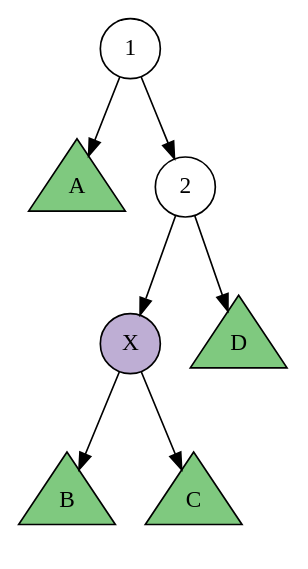
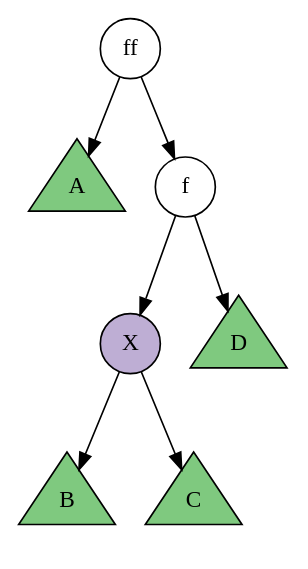
The diagram in project/splay-rotate-3-1/1.dot (rbookr/Data-Structure-Animation), drawn with Graphviz before and after one commit. The commit also changed 11 other files, not shown here.

```diff
--- a/project/splay-rotate-3-1/1.dot
+++ b/project/splay-rotate-3-1/1.dot
@@ -1,11 +1,13 @@
 digraph zigzag{
     node[shape=circle fixedsize=true style=filled fillcolor=white colorscheme=accent8 ];
     1->A;
     1->2;
     2->X;
     2->D;
     X->B;
     X->C;
     A,B,C,D[shape=triangle height=0.8 width=0.8 fillcolor="1"];
-    X[fillcolor="2"]
+    X[fillcolor="2"];
+    2[label="f"];
+    1[label="ff"];
 }
```
